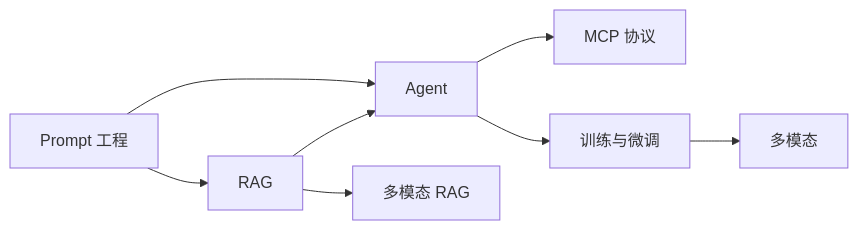
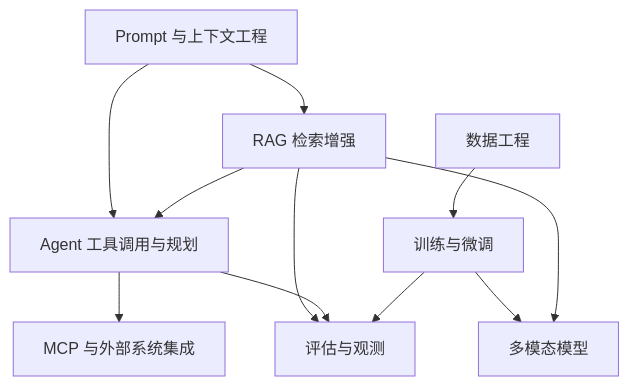
One commit to likebeans/notes-on-llms changed the diagram in docs/guide/roadmap.md. Above: the diagram before and after it, drawn with Mermaid. The commit also changed other lines of this file and 18 other files, not shown here.

````diff
--- a/docs/guide/roadmap.md
+++ b/docs/guide/roadmap.md
@@ -113,10 +19,13 @@
 ```mermaid
-graph LR
-    A[Prompt 工程] --> B[RAG]
-    A --> C[Agent]
-    B --> C
-    C --> D[MCP 协议]
-    B --> E[多模态 RAG]
-    C --> F[训练与微调]
-    F --> G[多模态]
+flowchart TB
+    P[Prompt 与上下文工程] --> R[RAG 检索增强]
+    P --> A[Agent 工具调用与规划]
+    R --> A
+    A --> M[MCP 与外部系统集成]
+    R --> E[评估与观测]
+    A --> E
+    D[数据工程] --> T[训练与微调]
+    T --> E
+    T --> V[多模态模型]
+    R --> V
 ```
````
